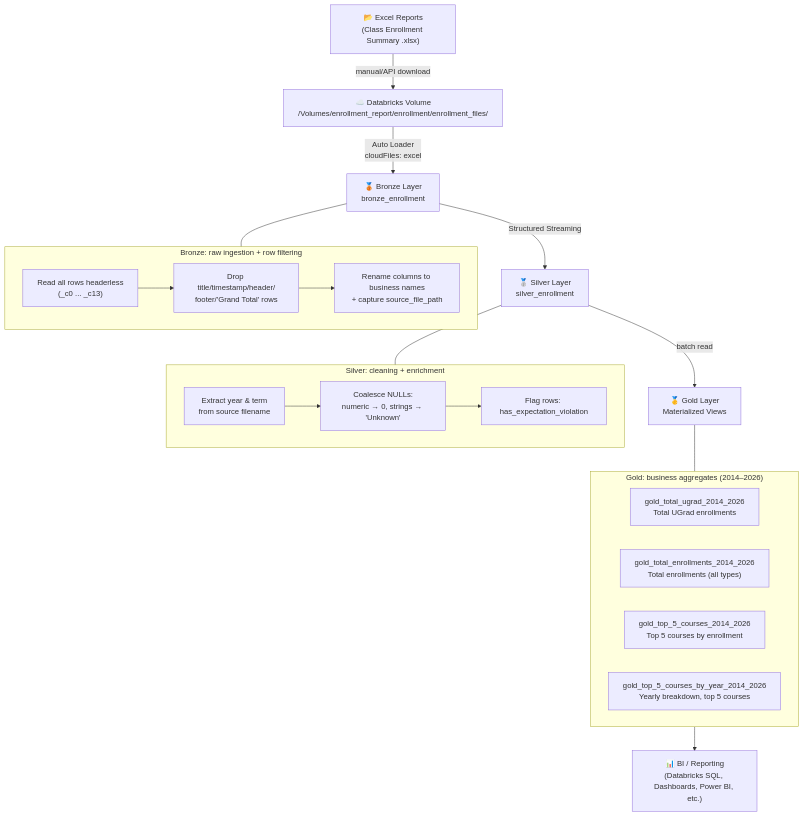
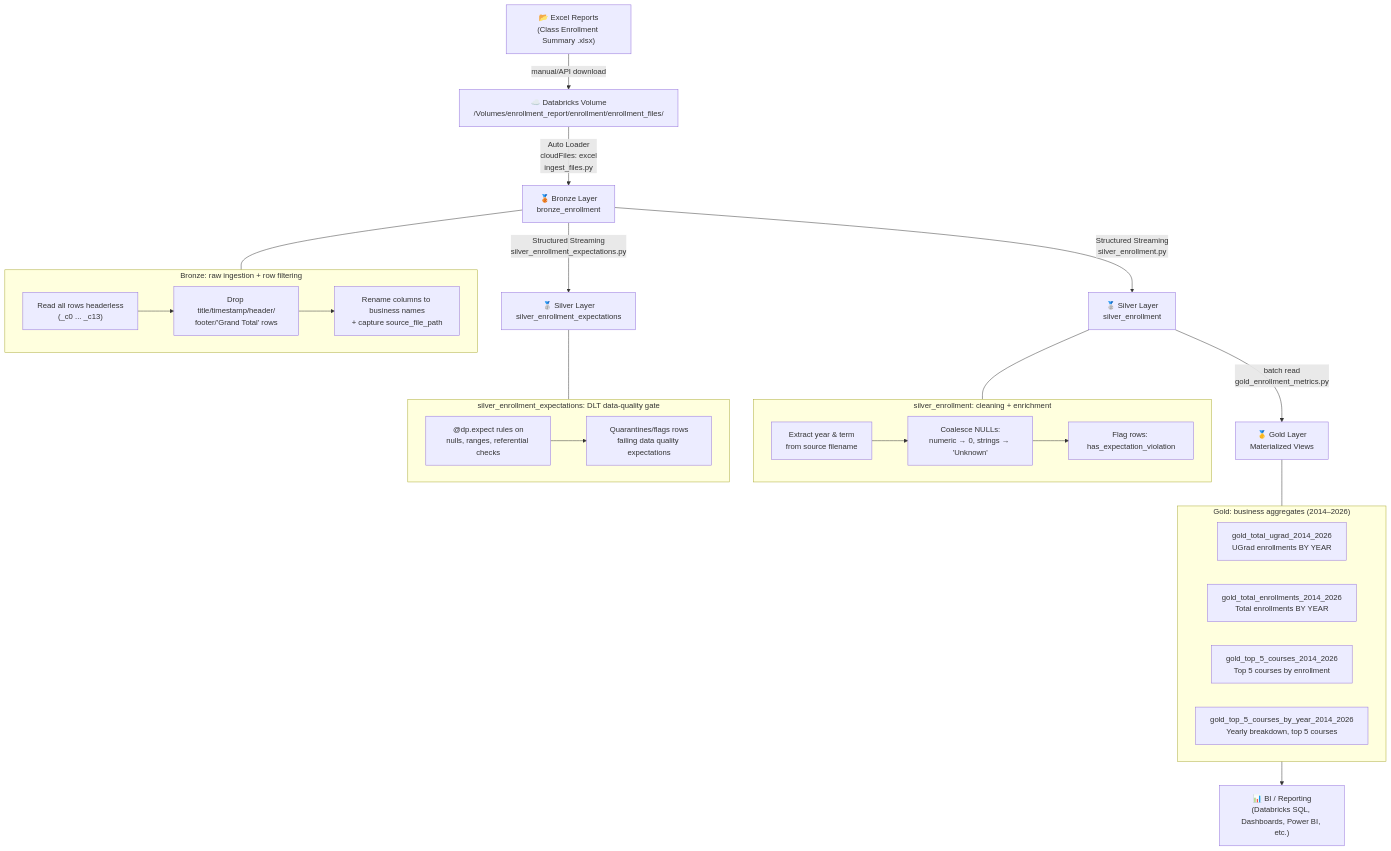
The diagram in README.md (ysk315/databricks_ourse_enrollment_dashboard), drawn with Mermaid before and after one commit. The commit also changed other lines of this file, not shown here.

````diff
--- a/README.md
+++ b/README.md
@@ -13,36 +13,44 @@
 ```mermaid
 flowchart TD
     A["📂 Excel Reports<br/>(Class Enrollment Summary .xlsx)"] -->|manual/API download| B["☁️ Databricks Volume<br/>/Volumes/enrollment_report/enrollment/enrollment_files/"]
 
-    B -->|Auto Loader<br/>cloudFiles: excel| C["🥉 Bronze Layer<br/>bronze_enrollment"]
+    B -->|Auto Loader<br/>cloudFiles: excel<br/>ingest_files.py| C["🥉 Bronze Layer<br/>bronze_enrollment"]
 
     subgraph BronzeDetail["Bronze: raw ingestion + row filtering"]
         C1["Read all rows headerless<br/>(_c0 ... _c13)"]
         C2["Drop title/timestamp/header/<br/>footer/'Grand Total' rows"]
         C3["Rename columns to business names<br/>+ capture source_file_path"]
         C1 --> C2 --> C3
     end
     C --- BronzeDetail
 
-    C -->|Structured Streaming| D["🥈 Silver Layer<br/>silver_enrollment"]
+    C -->|Structured Streaming<br/>silver_enrollment.py| D["🥈 Silver Layer<br/>silver_enrollment"]
+    C -->|Structured Streaming<br/>silver_enrollment_expectations.py| D2["🥈 Silver Layer<br/>silver_enrollment_expectations"]
 
-    subgraph SilverDetail["Silver: cleaning + enrichment"]
+    subgraph SilverDetail["silver_enrollment: cleaning + enrichment"]
         D1["Extract year & term<br/>from source filename"]
-        D2["Coalesce NULLs:<br/>numeric → 0, strings → 'Unknown'"]
-        D3["Flag rows: has_expectation_violation"]
-        D1 --> D2 --> D3
+        D1a["Coalesce NULLs:<br/>numeric → 0, strings → 'Unknown'"]
+        D1b["Flag rows: has_expectation_violation"]
+        D1 --> D1a --> D1b
     end
     D --- SilverDetail
 
-    D -->|batch read| E["🥇 Gold Layer<br/>Materialized Views"]
+    subgraph SilverExpDetail["silver_enrollment_expectations: DLT data-quality gate"]
+        E1["@dp.expect rules on<br/>nulls, ranges, referential checks"]
+        E2["Quarantines/flags rows<br/>failing data quality expectations"]
+        E1 --> E2
+    end
+    D2 --- SilverExpDetail
+
+    D -->|batch read<br/>gold_enrollment_metrics.py| E["🥇 Gold Layer<br/>Materialized Views"]
 
     subgraph GoldDetail["Gold: business aggregates (2014–2026)"]
-        G1["gold_total_ugrad_2014_2026<br/>Total UGrad enrollments"]
-        G2["gold_total_enrollments_2014_2026<br/>Total enrollments (all types)"]
+        G1["gold_total_ugrad_2014_2026<br/>UGrad enrollments BY YEAR"]
+        G2["gold_total_enrollments_2014_2026<br/>Total enrollments BY YEAR"]
         G3["gold_top_5_courses_2014_2026<br/>Top 5 courses by enrollment"]
         G4["gold_top_5_courses_by_year_2014_2026<br/>Yearly breakdown, top 5 courses"]
     end
     E --- GoldDetail
 
     GoldDetail --> F["📊 BI / Reporting<br/>(Databricks SQL, Dashboards, Power BI, etc.)"]
 ```
````
